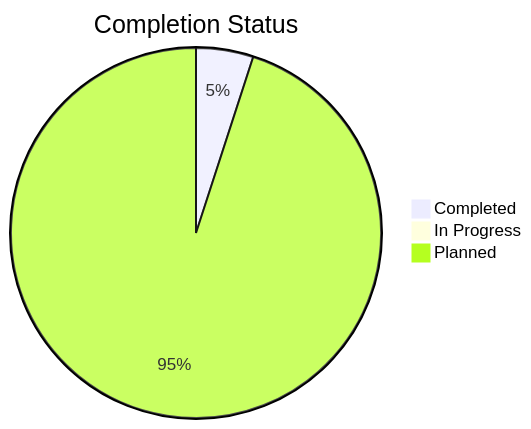
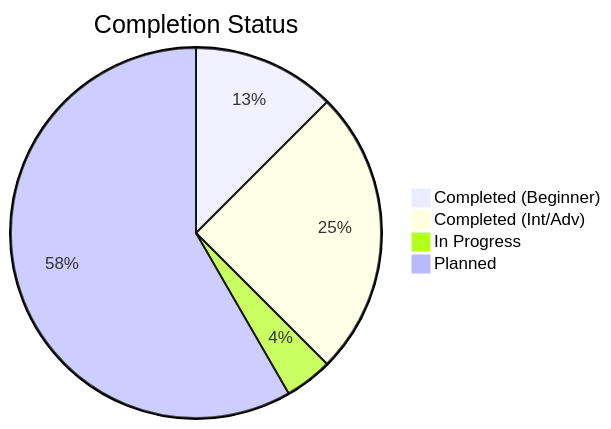
Before and after one commit to Ganil151/Devops: the third of 3 diagrams in 1-Beginner/02-Phase-2/01-Automation/AUTOMATION_MASTER_INDEX.md, drawn with Mermaid. The commit also changed other lines of this file and 62 other files, not shown here.

````diff
--- a/1-Beginner/02-Phase-2/01-Automation/AUTOMATION_MASTER_INDEX.md
+++ b/1-Beginner/02-Phase-2/01-Automation/AUTOMATION_MASTER_INDEX.md
@@ -1016,6 +584,7 @@
 ```mermaid
 pie title Completion Status
-    "Completed" : 3
-    "In Progress" : 0
-    "Planned" : 57
+    "Completed (Beginner)" : 3
+    "Completed (Int/Adv)" : 6
+    "In Progress" : 1
+    "Planned" : 14
 ```
````
